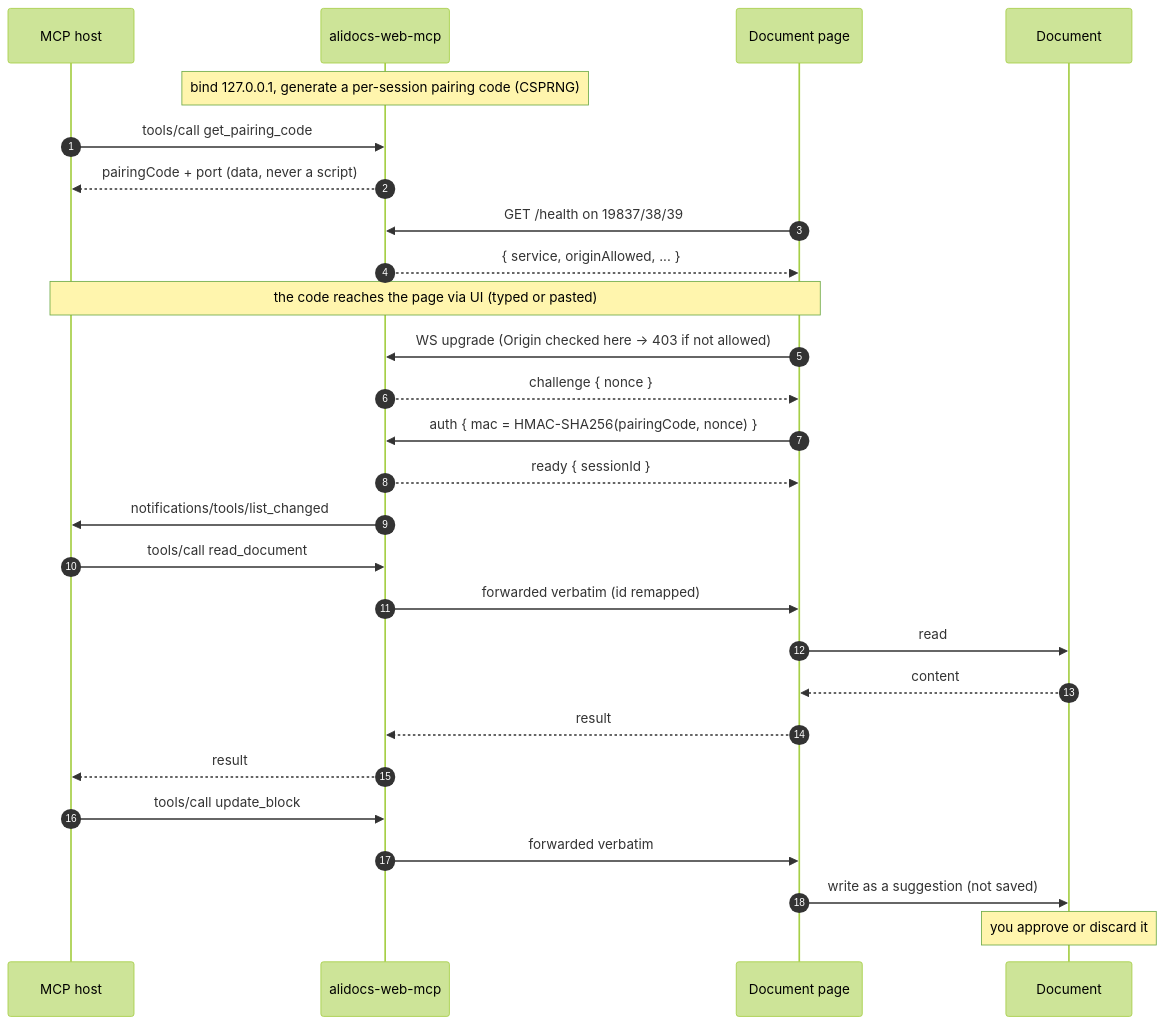
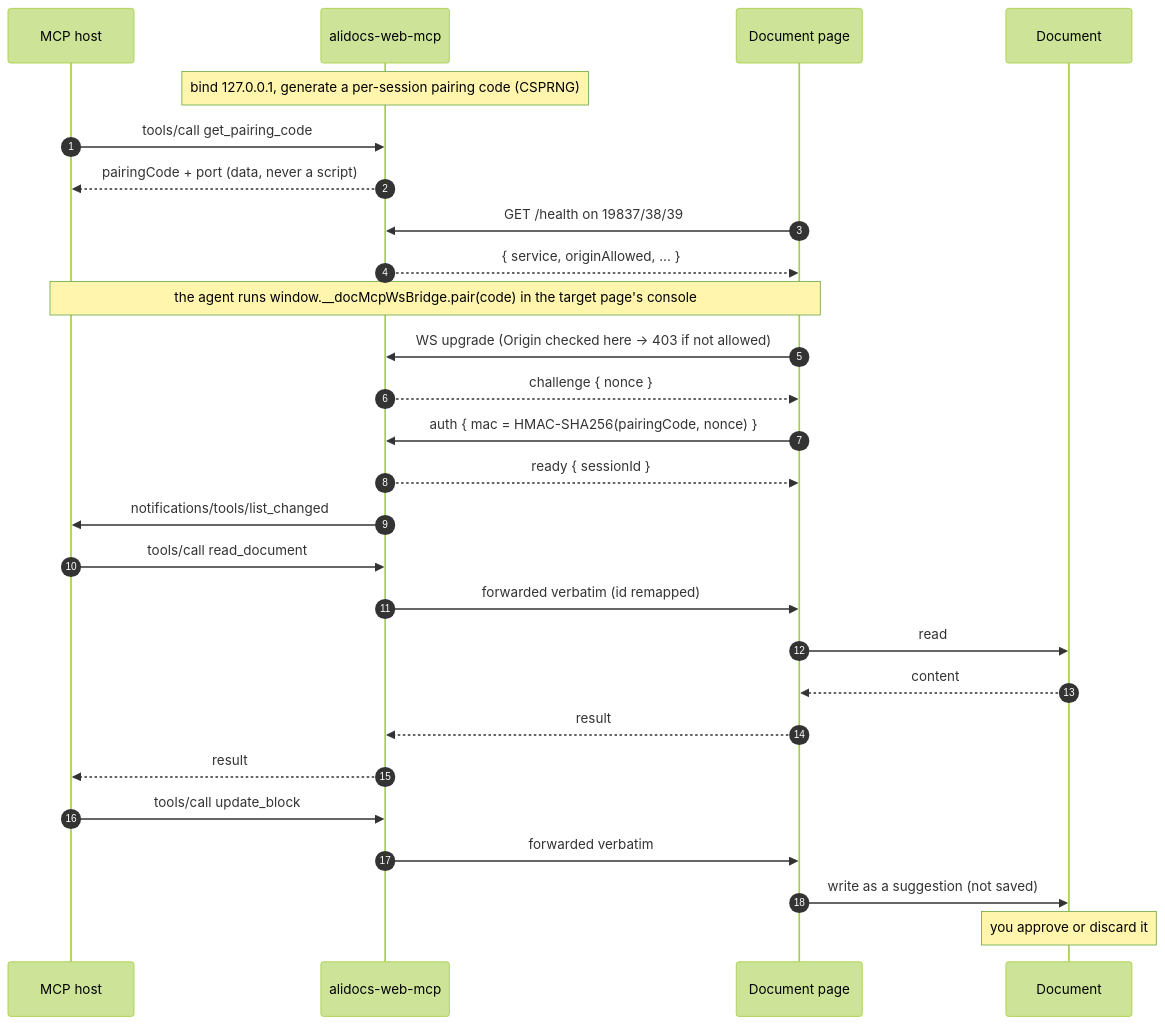
Before and after one commit to magical-index/alidocs-web-mcp: the second of 2 diagrams in README.md, drawn with Mermaid (forest theme). The commit also changed other lines of this file and 7 other files, not shown here.

First line of the commit message:
docs: 配对指引改为 agent 控制台调 pair(code)（同步 agent-only 建连）

````diff
--- a/README.md
+++ b/README.md
@@ -120,36 +120,36 @@
 ```mermaid
 sequenceDiagram
     autonumber
     participant H as MCP host
     participant B as alidocs-web-mcp
     participant P as Document page
     participant D as Document
 
     Note over B: bind 127.0.0.1, generate a per-session pairing code (CSPRNG)
 
     H->>B: tools/call get_pairing_code
     B-->>H: pairingCode + port (data, never a script)
 
     P->>B: GET /health on 19837/38/39
     B-->>P: { service, originAllowed, ... }
 
-    Note over H,P: the code reaches the page via UI (typed or pasted)
+    Note over H,P: the agent runs window.__docMcpWsBridge.pair(code) in the target page's console
 
     P->>B: WS upgrade (Origin checked here → 403 if not allowed)
     B-->>P: challenge { nonce }
     P->>B: auth { mac = HMAC-SHA256(pairingCode, nonce) }
     B-->>P: ready { sessionId }
     B->>H: notifications/tools/list_changed
 
     H->>B: tools/call read_document
     B->>P: forwarded verbatim (id remapped)
     P->>D: read
     D-->>P: content
     P-->>B: result
     B-->>H: result
 
     H->>B: tools/call update_block
     B->>P: forwarded verbatim
     P->>D: write as a suggestion (not saved)
     Note over D: you approve or discard it
 ```
````
